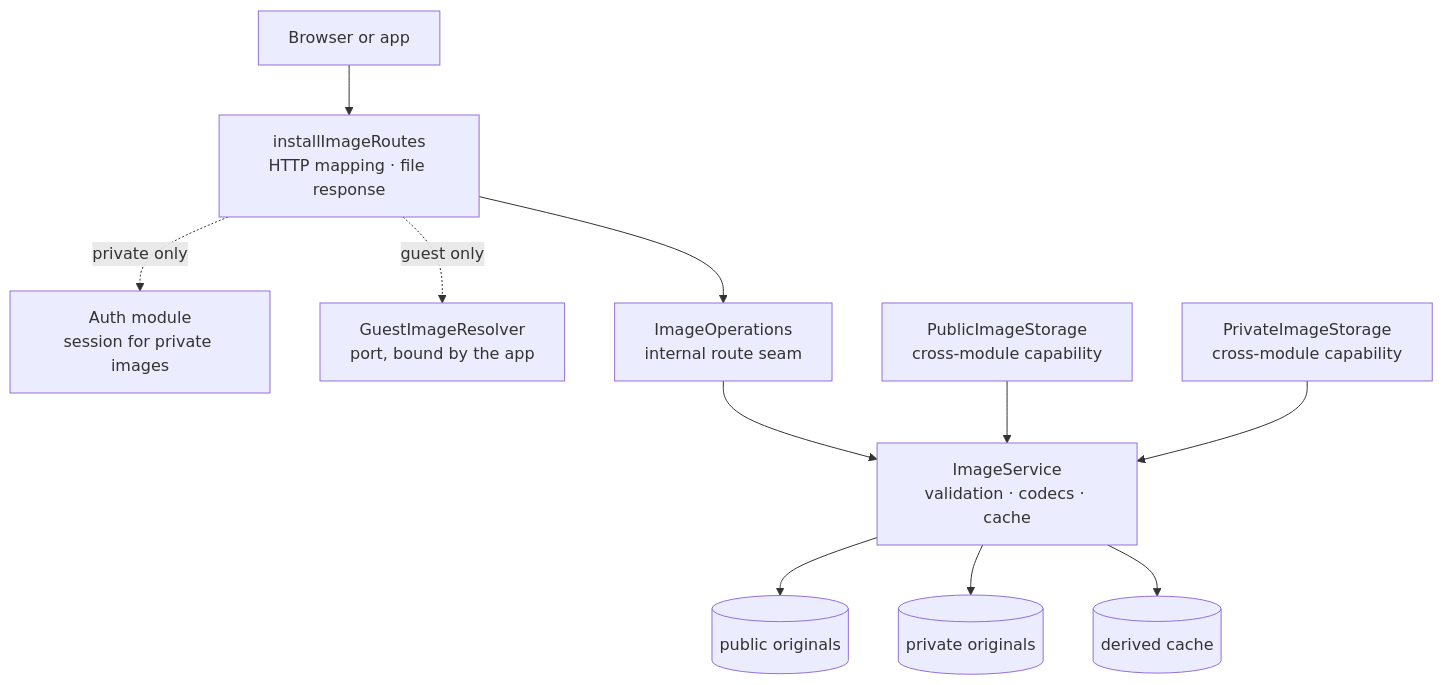
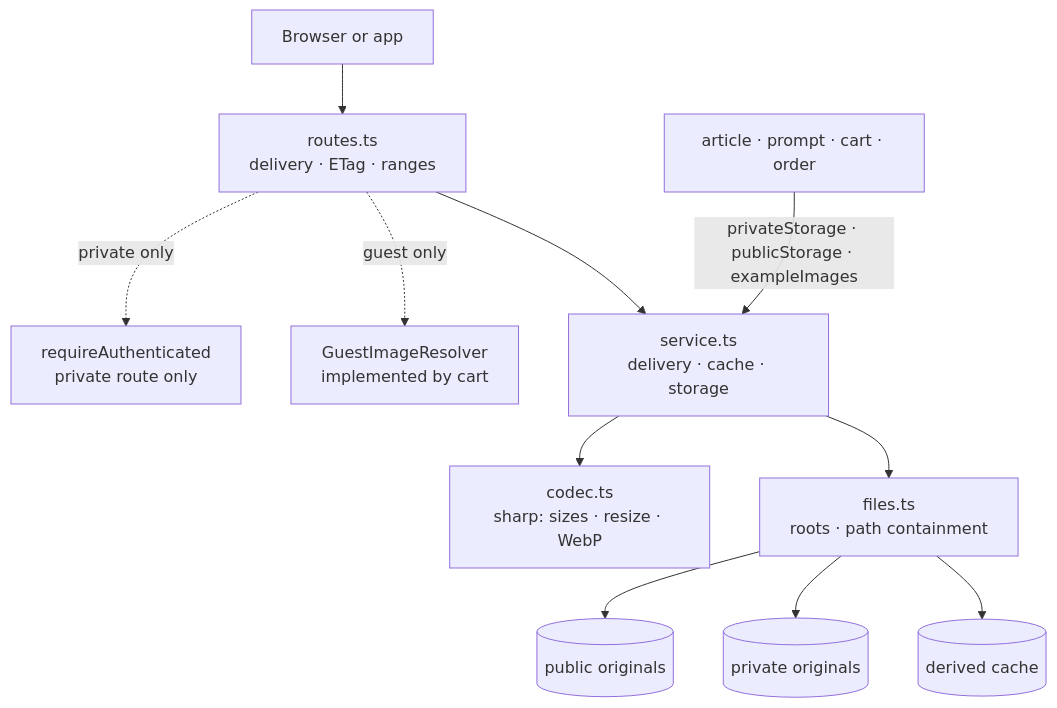
One commit to bitstorm-tech/voenix-shop-kotlin changed the diagram in docs/dev/backend/packages/image-package.md. Above: the diagram before and after it, drawn with Mermaid. The commit also changed other lines of this file and 1061 other files, not shown here.

````diff
--- a/docs/dev/backend/packages/image-package.md
+++ b/docs/dev/backend/packages/image-package.md
@@ -27,24 +32,23 @@
 ```mermaid
 flowchart TB
     Client["Browser or app"]
-    Auth["Auth module<br/>session for private images"]
-    Routes["installImageRoutes<br/>HTTP mapping · file response"]
-    Resolver["GuestImageResolver<br/>port, bound by the app"]
-    Operations["ImageOperations<br/>internal route seam"]
-    Service["ImageService<br/>validation · codecs · cache"]
-    PublicStorage["PublicImageStorage<br/>cross-module capability"]
-    PrivateStorage["PrivateImageStorage<br/>cross-module capability"]
+    Auth["requireAuthenticated<br/>private route only"]
+    Routes["routes.ts<br/>delivery · ETag · ranges"]
+    Resolver["GuestImageResolver<br/>implemented by cart"]
+    Service["service.ts<br/>delivery · cache · storage"]
+    Codec["codec.ts<br/>sharp: sizes · resize · WebP"]
+    Files["files.ts<br/>roots · path containment"]
+    Consumers["article · prompt · cart · order"]
     PublicRoot[("public originals")]
     PrivateRoot[("private originals")]
     CacheRoot[("derived cache")]
 
     Client --> Routes
     Routes -. private only .-> Auth
     Routes -. guest only .-> Resolver
-    Routes --> Operations --> Service
-    PublicStorage --> Service
-    PrivateStorage --> Service
-    Service --> PublicRoot
-    Service --> PrivateRoot
-    Service --> CacheRoot
+    Routes --> Service
+    Consumers -->|"privateStorage · publicStorage · exampleImages"| Service
+    Service --> Codec
+    Service --> Files
+    Files --> PublicRoot & PrivateRoot & CacheRoot
 ```
````
